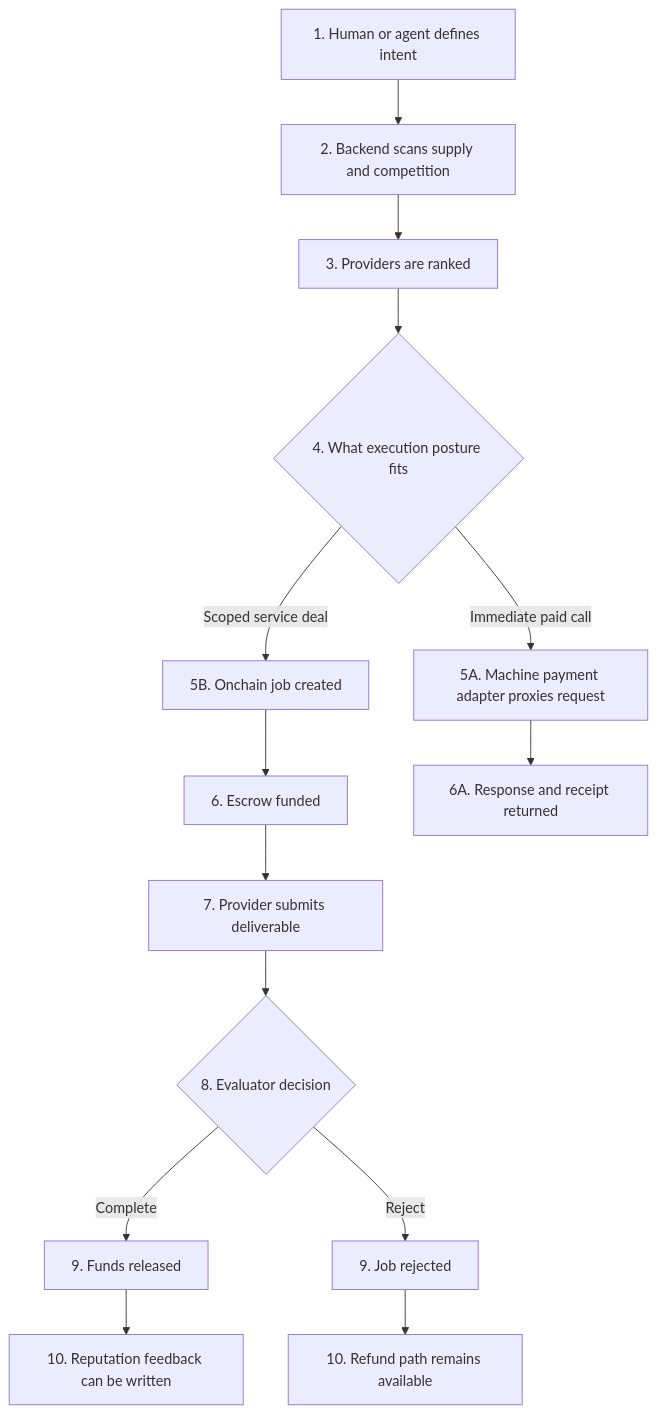
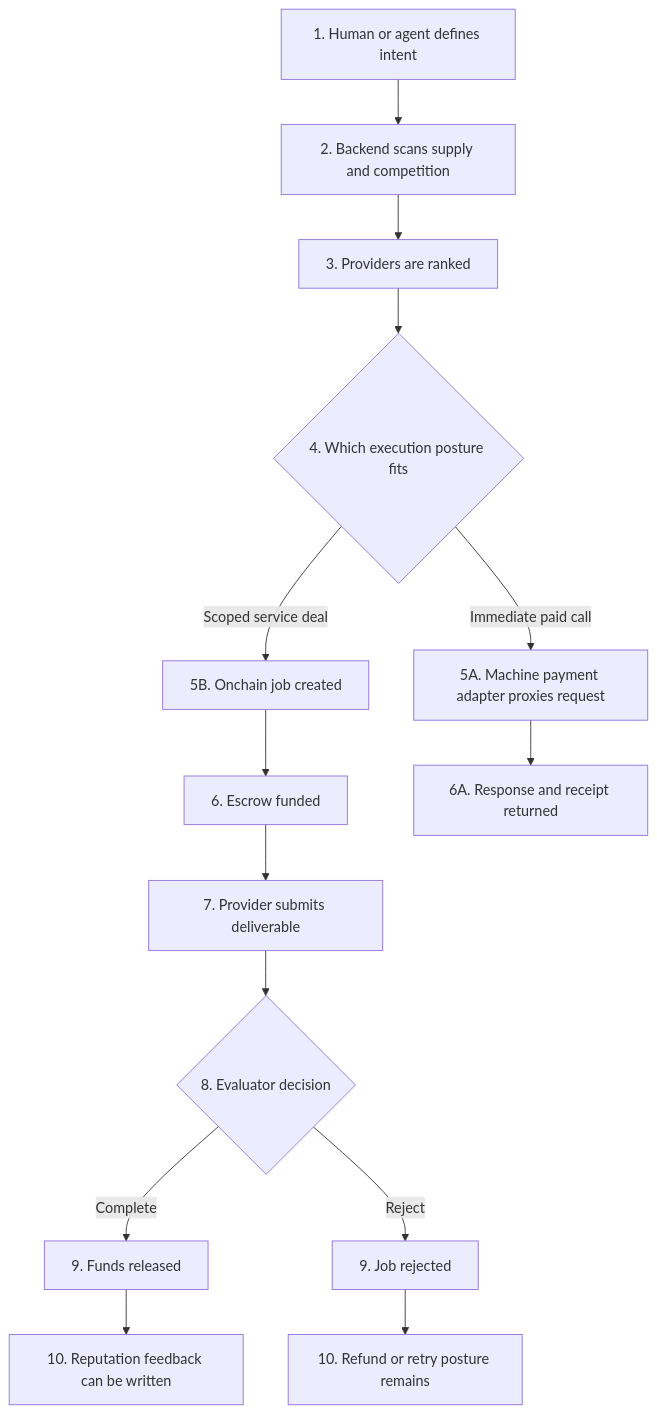
The second of 5 diagrams in docs/submission/06_VISUAL_ARCHITECTURE.md (Kairen-Protocol/kairen-dealrail), drawn with Mermaid before and after one commit. The commit also changed other lines of this file and 28 other files, not shown here.

First line of the commit message:
docs: update AGENT.md, README.md, and STATUS.md for clarity and new roadmap

````diff
--- a/docs/submission/06_VISUAL_ARCHITECTURE.md
+++ b/docs/submission/06_VISUAL_ARCHITECTURE.md
@@ -98,16 +85,16 @@
 ```mermaid
 flowchart TD
   A[1. Human or agent defines intent] --> B[2. Backend scans supply and competition]
   B --> C[3. Providers are ranked]
-  C --> D{4. What execution posture fits}
+  C --> D{4. Which execution posture fits}
   D -->|Immediate paid call| E[5A. Machine payment adapter proxies request]
   D -->|Scoped service deal| F[5B. Onchain job created]
   F --> G[6. Escrow funded]
   G --> H[7. Provider submits deliverable]
   H --> I{8. Evaluator decision}
   I -->|Complete| J[9. Funds released]
   I -->|Reject| K[9. Job rejected]
   J --> L[10. Reputation feedback can be written]
-  K --> M[10. Refund path remains available]
+  K --> M[10. Refund or retry posture remains]
   E --> N[6A. Response and receipt returned]
 ```
````
